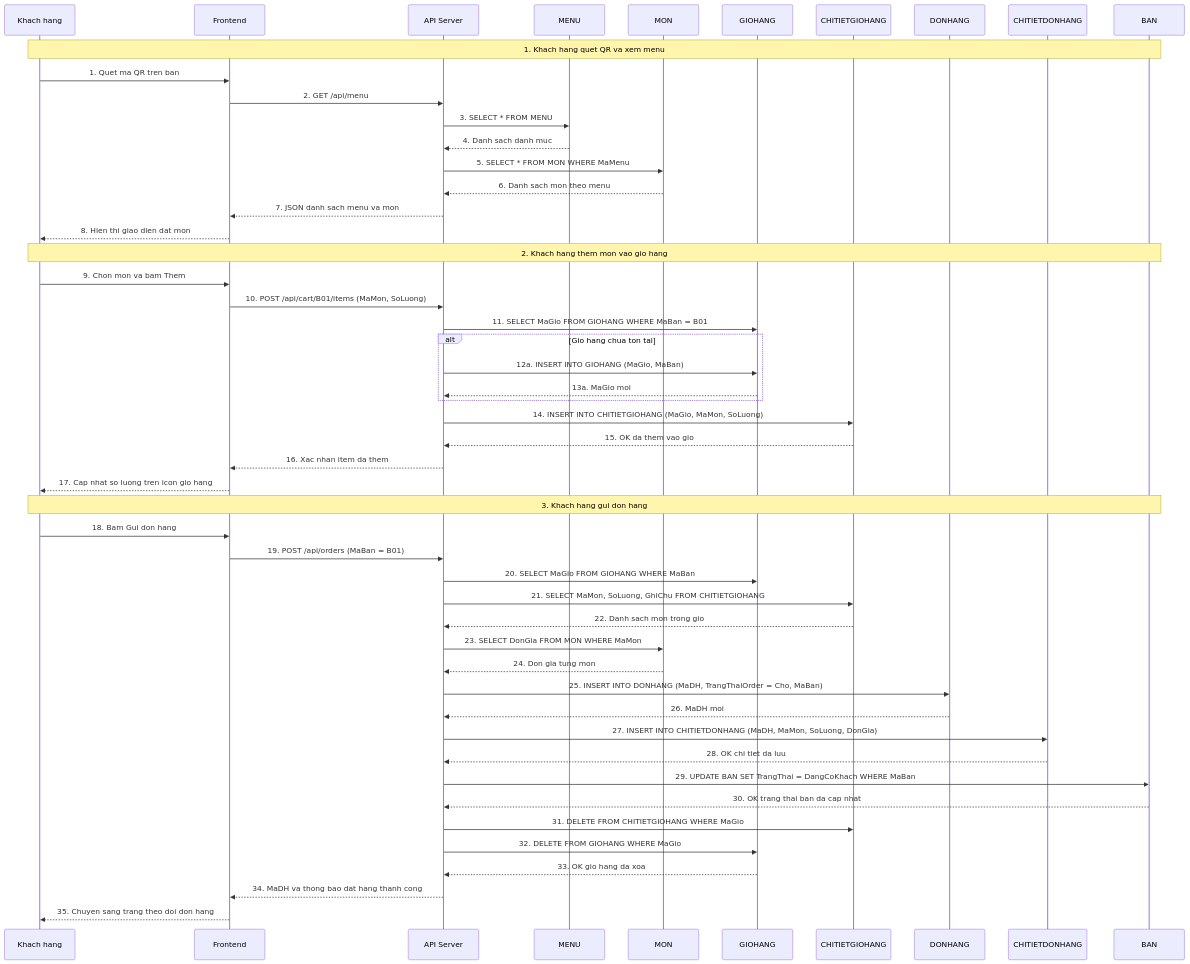
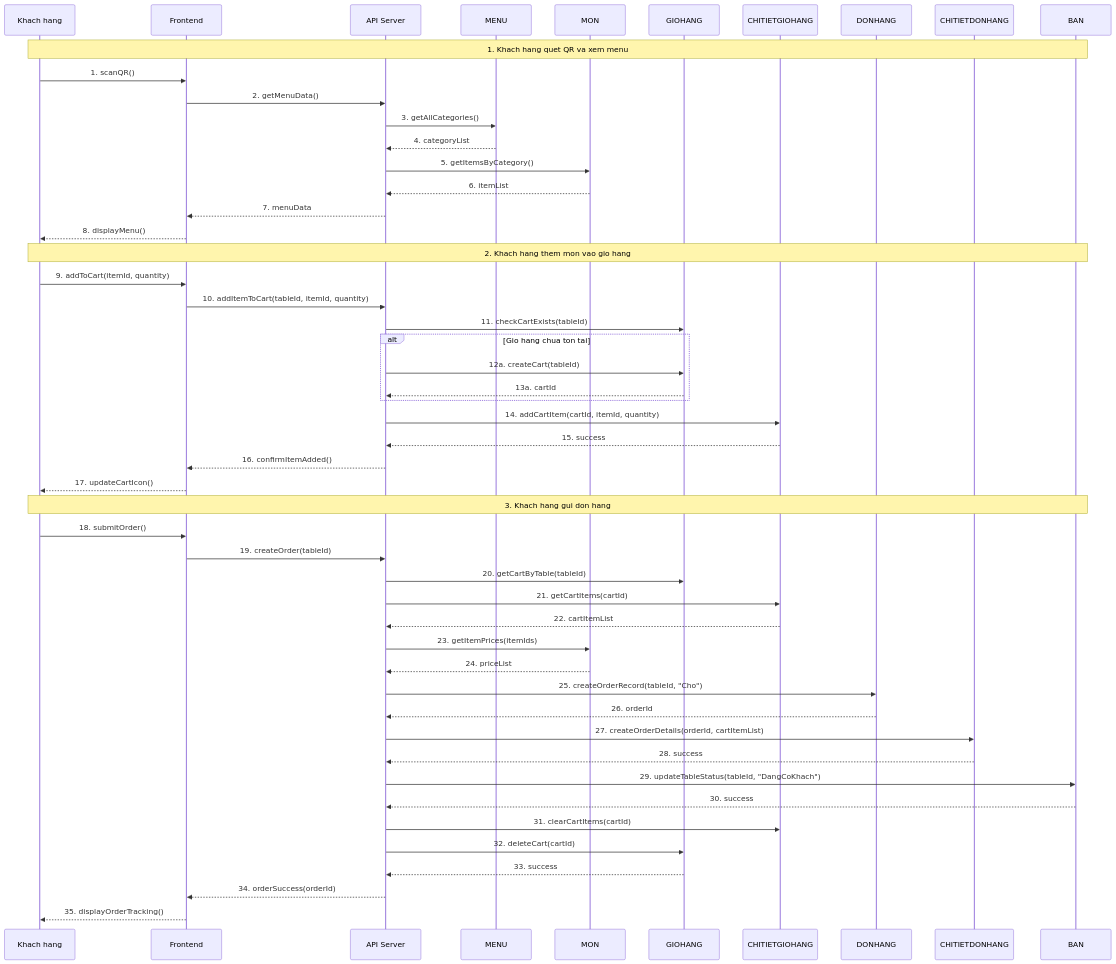
The sixth of 10 diagrams in docs/so-do-he-thong.md (tahpnart8/demo-pttkht-Nhom2IT0001), drawn with Mermaid before and after one commit. The commit also changed other lines of this file, not shown here.

Commit message:
Sửa lại sơ đồ sequence

````diff
--- a/docs/so-do-he-thong.md
+++ b/docs/so-do-he-thong.md
@@ -221,56 +221,56 @@
 ```mermaid
 sequenceDiagram
     participant KH as Khach hang
     participant FE as Frontend
     participant API as API Server
     participant MENU as MENU
     participant MON as MON
     participant GH as GIOHANG
     participant CTGH as CHITIETGIOHANG
     participant DH as DONHANG
     participant CTDH as CHITIETDONHANG
     participant BAN as BAN
 
     Note over KH,BAN: 1. Khach hang quet QR va xem menu
-    KH->>FE: 1. Quet ma QR tren ban
-    FE->>API: 2. GET /api/menu
-    API->>MENU: 3. SELECT * FROM MENU
-    MENU-->>API: 4. Danh sach danh muc
-    API->>MON: 5. SELECT * FROM MON WHERE MaMenu
-    MON-->>API: 6. Danh sach mon theo menu
-    API-->>FE: 7. JSON danh sach menu va mon
-    FE-->>KH: 8. Hien thi giao dien dat mon
+    KH->>FE: 1. scanQR()
+    FE->>API: 2. getMenuData()
+    API->>MENU: 3. getAllCategories()
+    MENU-->>API: 4. categoryList
+    API->>MON: 5. getItemsByCategory()
+    MON-->>API: 6. itemList
+    API-->>FE: 7. menuData
+    FE-->>KH: 8. displayMenu()
 
     Note over KH,BAN: 2. Khach hang them mon vao gio hang
-    KH->>FE: 9. Chon mon va bam Them
-    FE->>API: 10. POST /api/cart/B01/items (MaMon, SoLuong)
-    API->>GH: 11. SELECT MaGio FROM GIOHANG WHERE MaBan = B01
+    KH->>FE: 9. addToCart(itemId, quantity)
+    FE->>API: 10. addItemToCart(tableId, itemId, quantity)
+    API->>GH: 11. checkCartExists(tableId)
     alt Gio hang chua ton tai
-        API->>GH: 12a. INSERT INTO GIOHANG (MaGio, MaBan)
-        GH-->>API: 13a. MaGio moi
+        API->>GH: 12a. createCart(tableId)
+        GH-->>API: 13a. cartId
     end
-    API->>CTGH: 14. INSERT INTO CHITIETGIOHANG (MaGio, MaMon, SoLuong)
-    CTGH-->>API: 15. OK da them vao gio
-    API-->>FE: 16. Xac nhan item da them
-    FE-->>KH: 17. Cap nhat so luong tren icon gio hang
+    API->>CTGH: 14. addCartItem(cartId, itemId, quantity)
+    CTGH-->>API: 15. success
+    API-->>FE: 16. confirmItemAdded()
+    FE-->>KH: 17. updateCartIcon()
 
     Note over KH,BAN: 3. Khach hang gui don hang
-    KH->>FE: 18. Bam Gui don hang
-    FE->>API: 19. POST /api/orders (MaBan = B01)
-    API->>GH: 20. SELECT MaGio FROM GIOHANG WHERE MaBan
-    API->>CTGH: 21. SELECT MaMon, SoLuong, GhiChu FROM CHITIETGIOHANG
-    CTGH-->>API: 22. Danh sach mon trong gio
-    API->>MON: 23. SELECT DonGia FROM MON WHERE MaMon
-    MON-->>API: 24. Don gia tung mon
-    API->>DH: 25. INSERT INTO DONHANG (MaDH, TrangThaiOrder = Cho, MaBan)
-    DH-->>API: 26. MaDH moi
-    API->>CTDH: 27. INSERT INTO CHITIETDONHANG (MaDH, MaMon, SoLuong, DonGia)
-    CTDH-->>API: 28. OK chi tiet da luu
-    API->>BAN: 29. UPDATE BAN SET TrangThai = DangCoKhach WHERE MaBan
-    BAN-->>API: 30. OK trang thai ban da cap nhat
-    API->>CTGH: 31. DELETE FROM CHITIETGIOHANG WHERE MaGio
-    API->>GH: 32. DELETE FROM GIOHANG WHERE MaGio
-    GH-->>API: 33. OK gio hang da xoa
-    API-->>FE: 34. MaDH va thong bao dat hang thanh cong
-    FE-->>KH: 35. Chuyen sang trang theo doi don hang
+    KH->>FE: 18. submitOrder()
+    FE->>API: 19. createOrder(tableId)
+    API->>GH: 20. getCartByTable(tableId)
+    API->>CTGH: 21. getCartItems(cartId)
+    CTGH-->>API: 22. cartItemList
+    API->>MON: 23. getItemPrices(itemIds)
+    MON-->>API: 24. priceList
+    API->>DH: 25. createOrderRecord(tableId, "Cho")
+    DH-->>API: 26. orderId
+    API->>CTDH: 27. createOrderDetails(orderId, cartItemList)
+    CTDH-->>API: 28. success
+    API->>BAN: 29. updateTableStatus(tableId, "DangCoKhach")
+    BAN-->>API: 30. success
+    API->>CTGH: 31. clearCartItems(cartId)
+    API->>GH: 32. deleteCart(cartId)
+    GH-->>API: 33. success
+    API-->>FE: 34. orderSuccess(orderId)
+    FE-->>KH: 35. displayOrderTracking()
 ```
````
